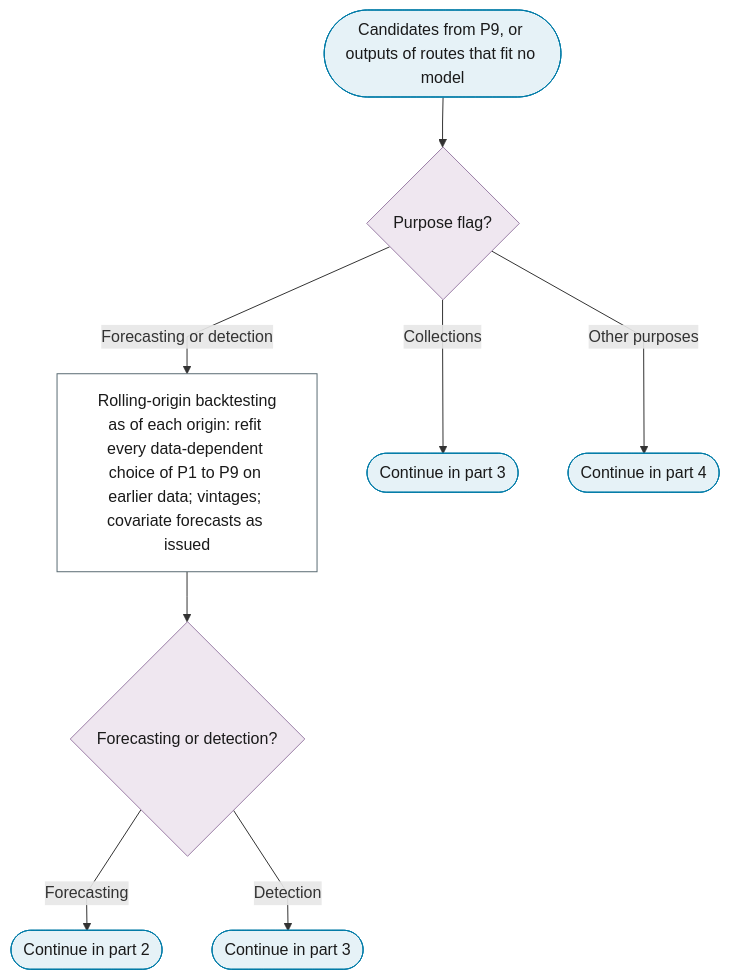
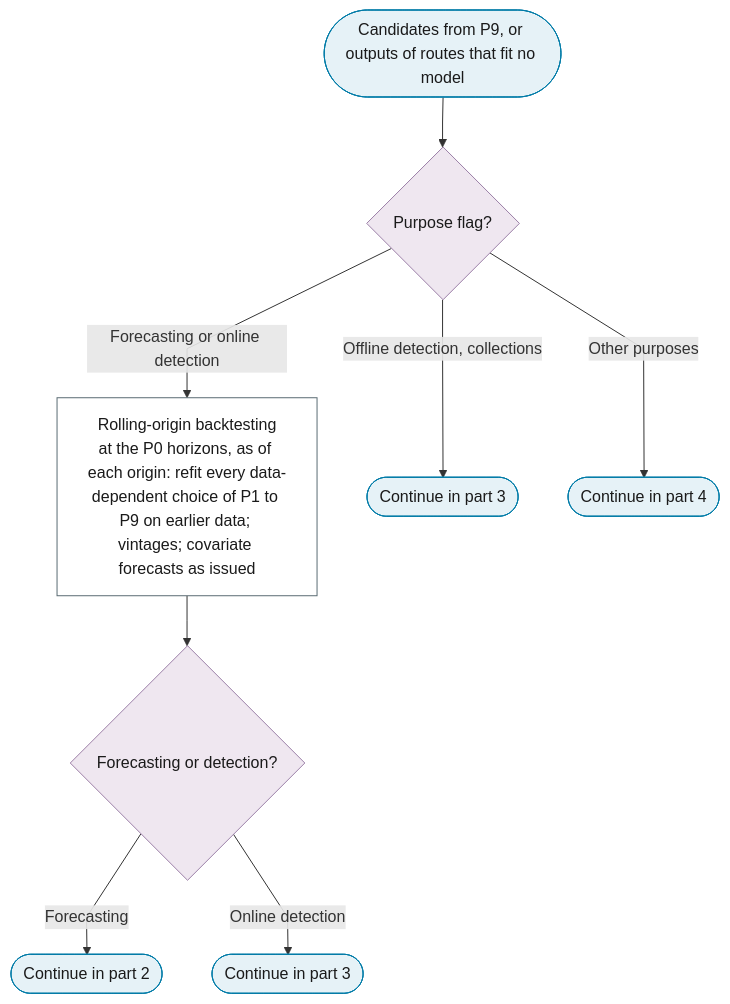
One commit to Shuxin-Y/time-series-analysis-manual changed the first of 5 diagrams in docs/01-workflow/p10-evaluation-selection.md. Above: the diagram before and after it, drawn with Mermaid. The commit also changed other lines of this file and 14 other files, not shown here.

````diff
--- a/docs/01-workflow/p10-evaluation-selection.md
+++ b/docs/01-workflow/p10-evaluation-selection.md
@@ -11,22 +11,22 @@
 ```mermaid
 %%{init: {"flowchart": {"curve": "linear"}}}%%
 graph TD
     P10_IN(["Candidates from P9, or outputs of routes that fit no model"]) --> P10_PURPOSE{"Purpose flag?"}
-    P10_PURPOSE -->|"Forecasting or detection"| P10_ROLLING_ORIGIN["Rolling-origin backtesting<br/>as of each origin: refit every data-dependent choice of P1 to P9 on earlier data; vintages; covariate forecasts as issued"]
-    P10_PURPOSE -->|"Collections"| P10_COLLECTIONS_TO_PART_3(["Continue in part 3"])
+    P10_PURPOSE -->|"Forecasting or online detection"| P10_ROLLING_ORIGIN["Rolling-origin backtesting<br/>at the P0 horizons, as of each origin: refit every data-dependent choice of P1 to P9 on earlier data; vintages; covariate forecasts as issued"]
+    P10_PURPOSE -->|"Offline detection, collections"| P10_COLLECTIONS_TO_PART_3(["Continue in part 3"])
     P10_PURPOSE -->|"Other purposes"| P10_TO_PART_4(["Continue in part 4"])
     P10_ROLLING_ORIGIN --> P10_TIME_PURPOSE{"Forecasting or detection?"}
     P10_TIME_PURPOSE -->|"Forecasting"| P10_TO_PART_2(["Continue in part 2"])
-    P10_TIME_PURPOSE -->|"Detection"| P10_TO_PART_3(["Continue in part 3"])
+    P10_TIME_PURPOSE -->|"Online detection"| P10_TO_PART_3(["Continue in part 3"])
     class P10_IN,P10_TO_PART_2,P10_TO_PART_3,P10_COLLECTIONS_TO_PART_3,P10_TO_PART_4 terminator
     class P10_PURPOSE,P10_TIME_PURPOSE decision
     class P10_ROLLING_ORIGIN process
     classDef terminator fill:#E6F2F7,stroke:#007BA7,color:#1A1A1A;
     classDef process fill:#FFFFFF,stroke:#5A6B73,color:#1A1A1A;
     classDef decision fill:#EFE7F0,stroke:#9B7FA7,color:#1A1A1A;
     classDef data fill:#FFF4E0,stroke:#C9A55E,color:#1A1A1A;
     classDef good fill:#DCEFD8,stroke:#4A7A3F,color:#1A1A1A;
     classDef escalate fill:#FFE9C2,stroke:#C9A55E,color:#1A1A1A;
     classDef problem fill:#F2D9DE,stroke:#800020,color:#1A1A1A;
     classDef ref fill:#F7F7F7,stroke:#5A6B73,color:#1A1A1A,stroke-dasharray:4 3;
 ```
````
